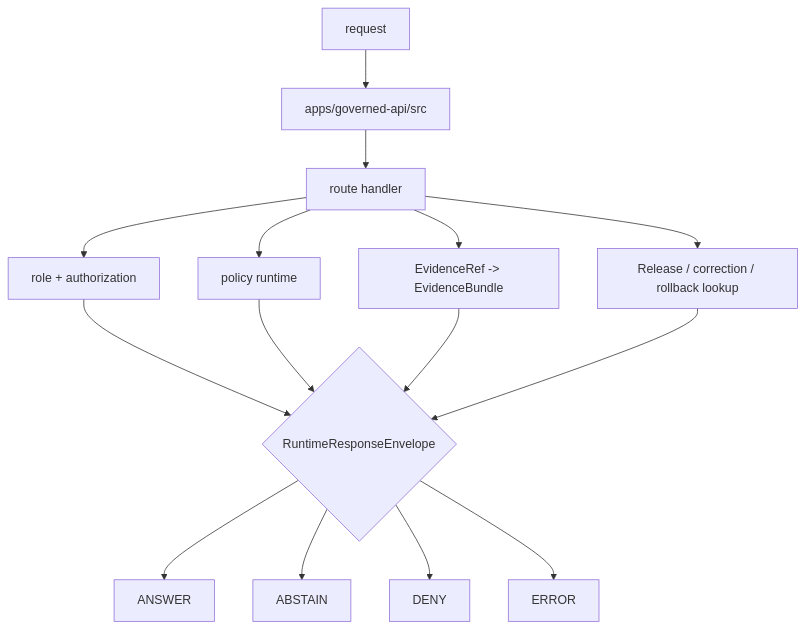
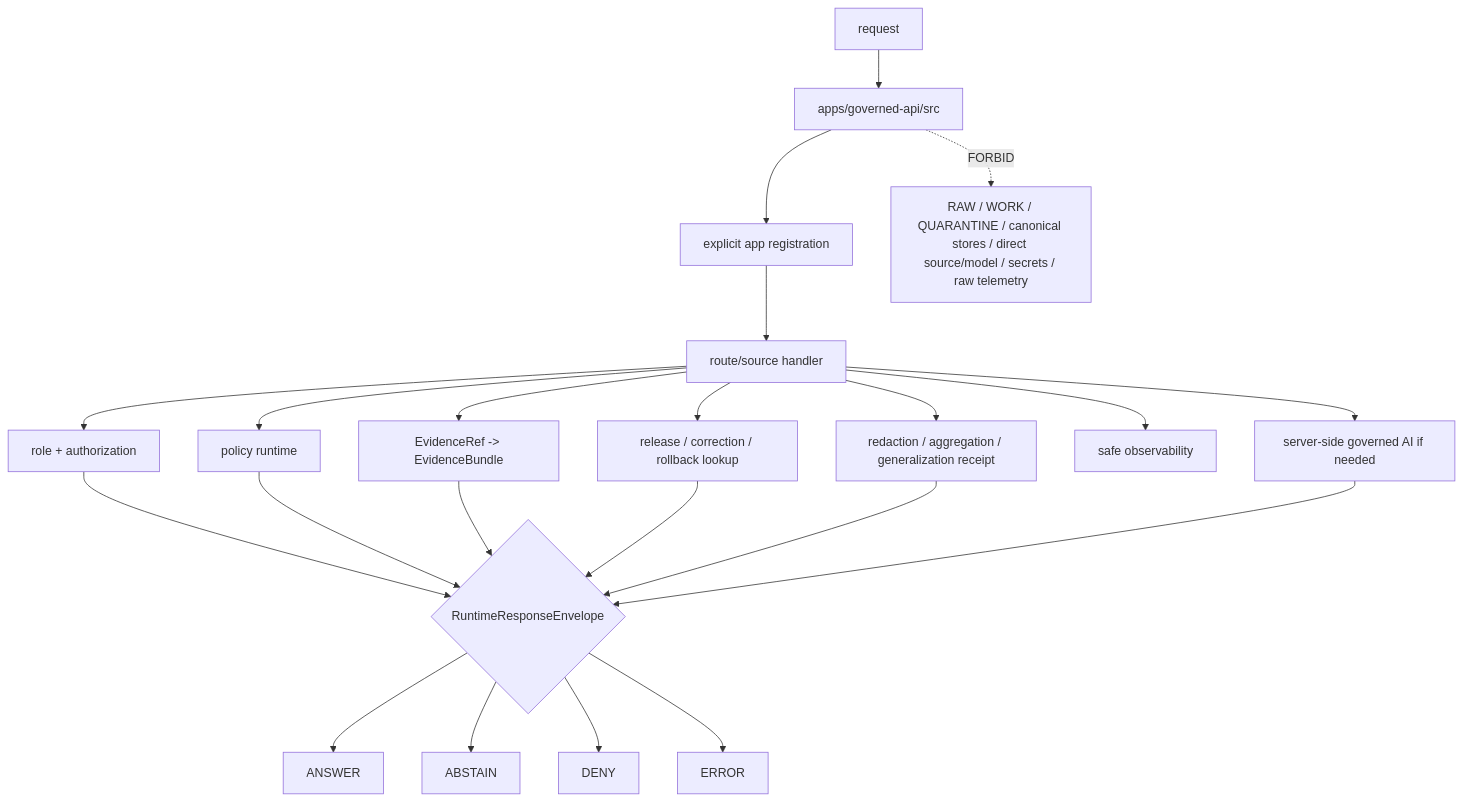
The diagram in apps/governed-api/src/README.md (bartytime4life/Kansas-Frontier-Matrix), drawn with Mermaid before and after one commit. The commit also changed other lines of this file, not shown here.

Commit message:
docs: update governed api source readme

````diff
--- a/apps/governed-api/src/README.md
+++ b/apps/governed-api/src/README.md
@@ -217,17 +307,24 @@
 ```mermaid
 flowchart TD
     req["request"] --> src["apps/governed-api/src"]
-    src --> routes["route handler"]
+    src --> reg["explicit app registration"]
+    reg --> routes["route/source handler"]
     routes --> auth["role + authorization"]
     routes --> policy["policy runtime"]
     routes --> evidence["EvidenceRef -> EvidenceBundle"]
-    routes --> release["Release / correction / rollback lookup"]
+    routes --> release["release / correction / rollback lookup"]
+    routes --> transform["redaction / aggregation / generalization receipt"]
+    routes --> obs["safe observability"]
+    routes --> ai["server-side governed AI if needed"]
     auth --> envelope{"RuntimeResponseEnvelope"}
     policy --> envelope
     evidence --> envelope
     release --> envelope
+    transform --> envelope
+    ai --> envelope
     envelope --> answer["ANSWER"]
     envelope --> abstain["ABSTAIN"]
     envelope --> deny["DENY"]
     envelope --> error["ERROR"]
+    src -. FORBID .-> raw["RAW / WORK / QUARANTINE / canonical stores / direct source/model / secrets / raw telemetry"]
 ```
````
